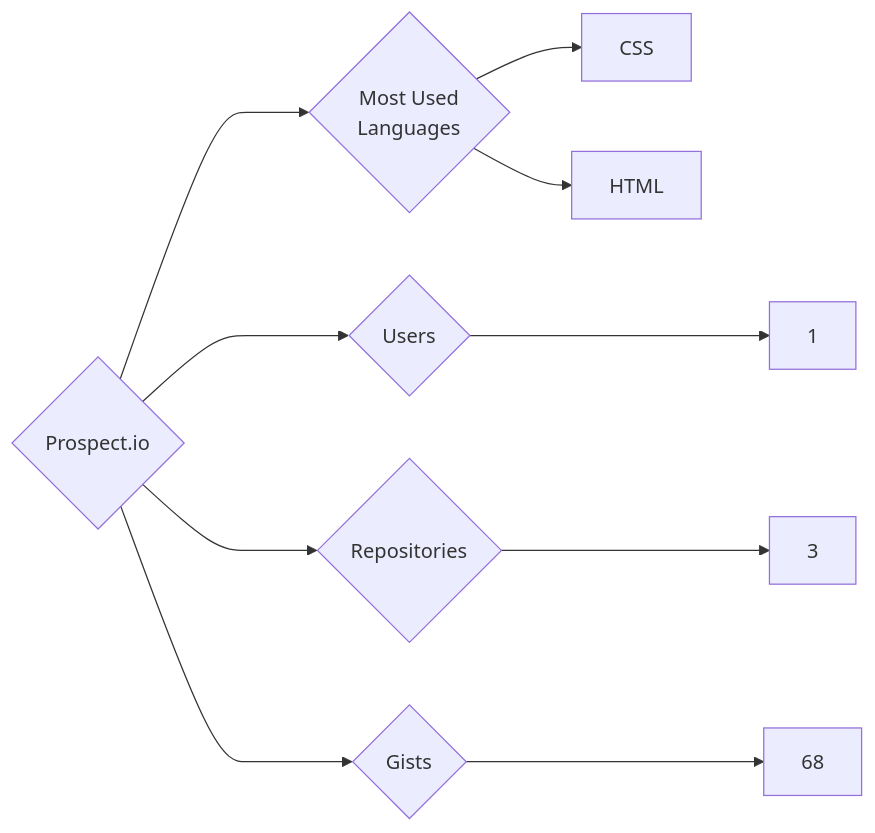
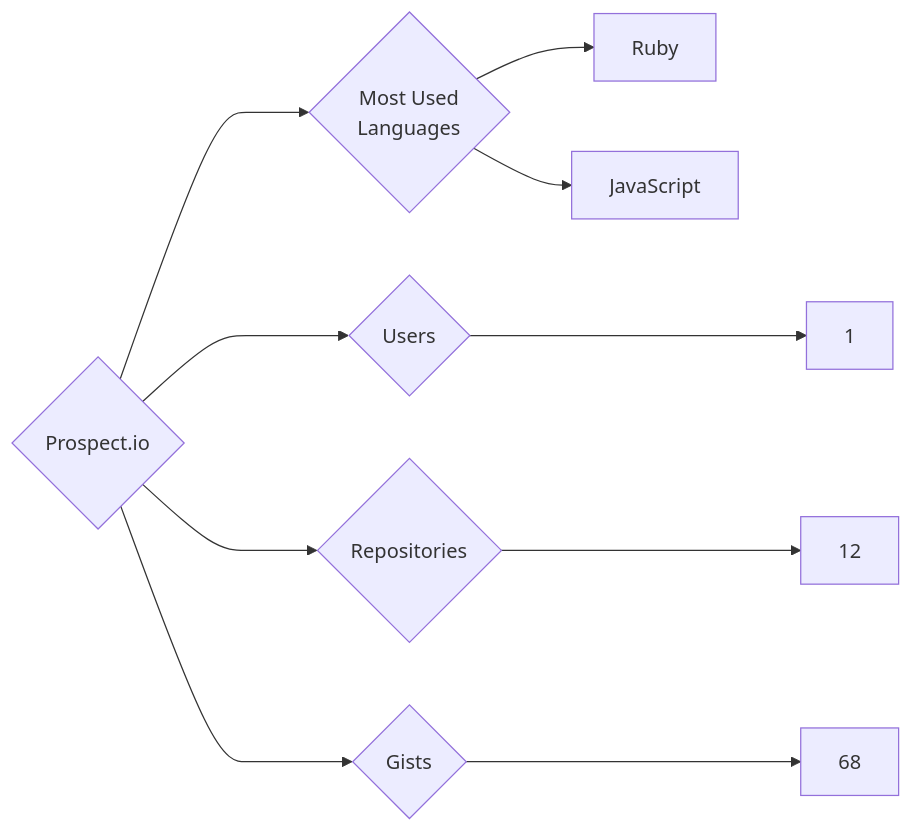
The diagram in targets/Prospect.io/README.md (trickest/insiders), drawn with Mermaid before and after one commit. The commit also changed 870 other files, not shown here.

````diff
--- a/targets/Prospect.io/README.md
+++ b/targets/Prospect.io/README.md
@@ -3,10 +3,10 @@
 ```mermaid
 graph LR
 COMPANY_NAME{Prospect.io}
 COMPANY_NAME ---> U{Users} ---> UN[1]
-COMPANY_NAME ---> R{Repositories} ---> RN[3]
+COMPANY_NAME ---> R{Repositories} ---> RN[12]
 COMPANY_NAME ---> G{Gists} ---> GN[68]
 COMPANY_NAME ---> ML{Most Used<br>Languages}
-ML --> CSS[CSS]
-ML --> HTML[HTML]
+ML --> Ruby[Ruby]
+ML --> JavaScript[JavaScript]
 ```
````
